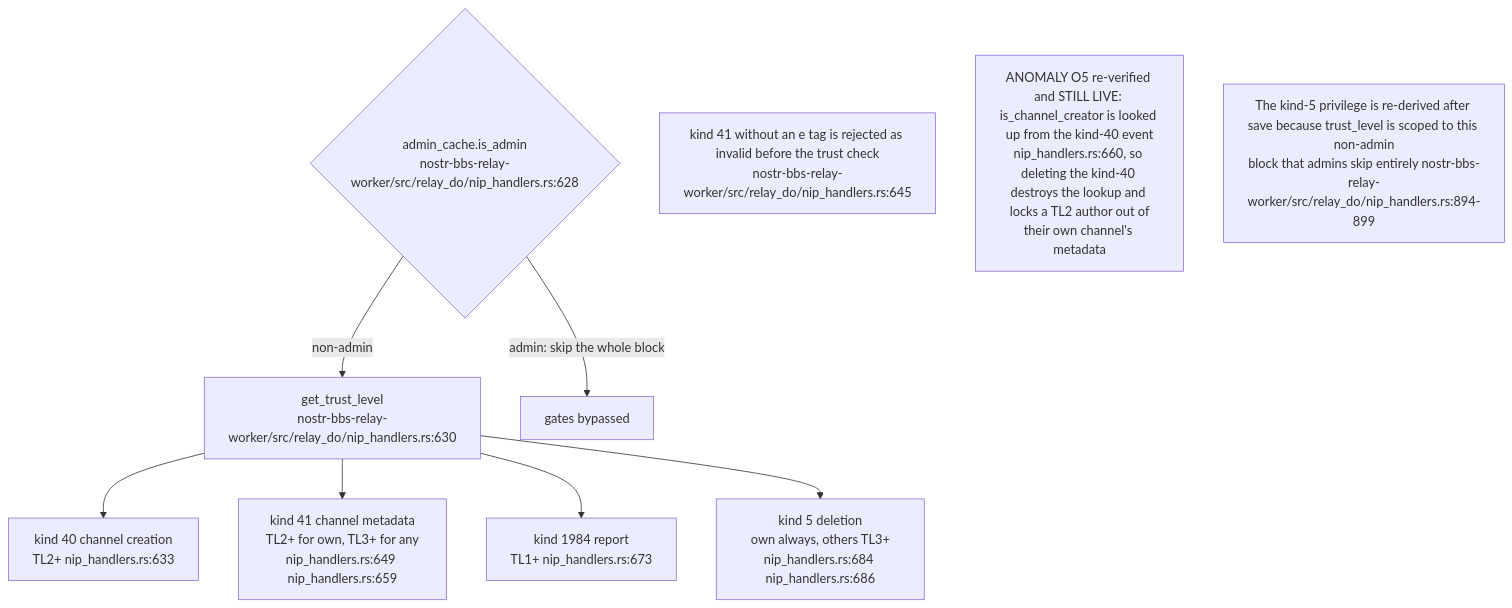
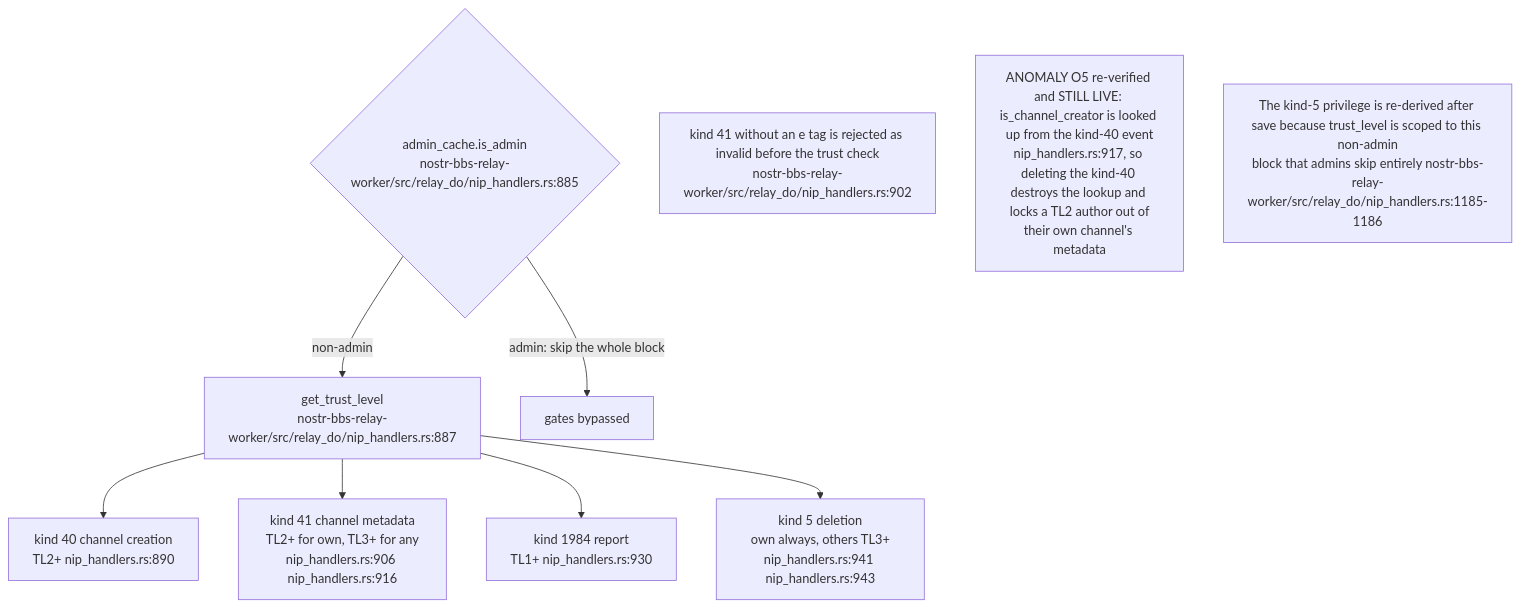
Before and after one commit to DreamLab-AI/VisionFlow: the seventh of 14 diagrams in docs/diagrams/nostr-rust-forum/03-relay-worker-admission-auth-and-trust.md, drawn with Mermaid. The commit also changed other lines of this file and 11 other files, not shown here.

````diff
--- a/docs/diagrams/nostr-rust-forum/03-relay-worker-admission-auth-and-trust.md
+++ b/docs/diagrams/nostr-rust-forum/03-relay-worker-admission-auth-and-trust.md
@@ -184,16 +189,16 @@
 ```mermaid
 flowchart TB
-    ADMIN{"admin_cache.is_admin<br/>nostr-bbs-relay-worker/src/relay_do/nip_handlers.rs:628"}
-    TL["get_trust_level<br/>nostr-bbs-relay-worker/src/relay_do/nip_handlers.rs:630"]
-    K40["kind 40 channel creation<br/>TL2+ nip_handlers.rs:633"]
-    K41["kind 41 channel metadata<br/>TL2+ for own, TL3+ for any<br/>nip_handlers.rs:649 nip_handlers.rs:659"]
-    K1984["kind 1984 report<br/>TL1+ nip_handlers.rs:673"]
-    K5["kind 5 deletion<br/>own always, others TL3+<br/>nip_handlers.rs:684 nip_handlers.rs:686"]
+    ADMIN{"admin_cache.is_admin<br/>nostr-bbs-relay-worker/src/relay_do/nip_handlers.rs:885"}
+    TL["get_trust_level<br/>nostr-bbs-relay-worker/src/relay_do/nip_handlers.rs:887"]
+    K40["kind 40 channel creation<br/>TL2+ nip_handlers.rs:890"]
+    K41["kind 41 channel metadata<br/>TL2+ for own, TL3+ for any<br/>nip_handlers.rs:906 nip_handlers.rs:916"]
+    K1984["kind 1984 report<br/>TL1+ nip_handlers.rs:930"]
+    K5["kind 5 deletion<br/>own always, others TL3+<br/>nip_handlers.rs:941 nip_handlers.rs:943"]
 
     ADMIN -->|"admin: skip the whole block"| SKIP["gates bypassed"]
     ADMIN -->|"non-admin"| TL --> K40 & K41 & K1984 & K5
 
-    N1["kind 41 without an e tag is rejected as invalid before the trust check<br/>nostr-bbs-relay-worker/src/relay_do/nip_handlers.rs:645"]
-    N2["ANOMALY O5 re-verified and STILL LIVE: is_channel_creator is looked up from the kind-40 event<br/>nip_handlers.rs:660, so deleting the kind-40 destroys the lookup and locks a TL2 author out of<br/>their own channel's metadata"]
-    N3["The kind-5 privilege is re-derived after save because trust_level is scoped to this non-admin<br/>block that admins skip entirely nostr-bbs-relay-worker/src/relay_do/nip_handlers.rs:894-899"]
+    N1["kind 41 without an e tag is rejected as invalid before the trust check<br/>nostr-bbs-relay-worker/src/relay_do/nip_handlers.rs:902"]
+    N2["ANOMALY O5 re-verified and STILL LIVE: is_channel_creator is looked up from the kind-40 event<br/>nip_handlers.rs:917, so deleting the kind-40 destroys the lookup and locks a TL2 author out of<br/>their own channel's metadata"]
+    N3["The kind-5 privilege is re-derived after save because trust_level is scoped to this non-admin<br/>block that admins skip entirely nostr-bbs-relay-worker/src/relay_do/nip_handlers.rs:1185-1186"]
 ```
````
